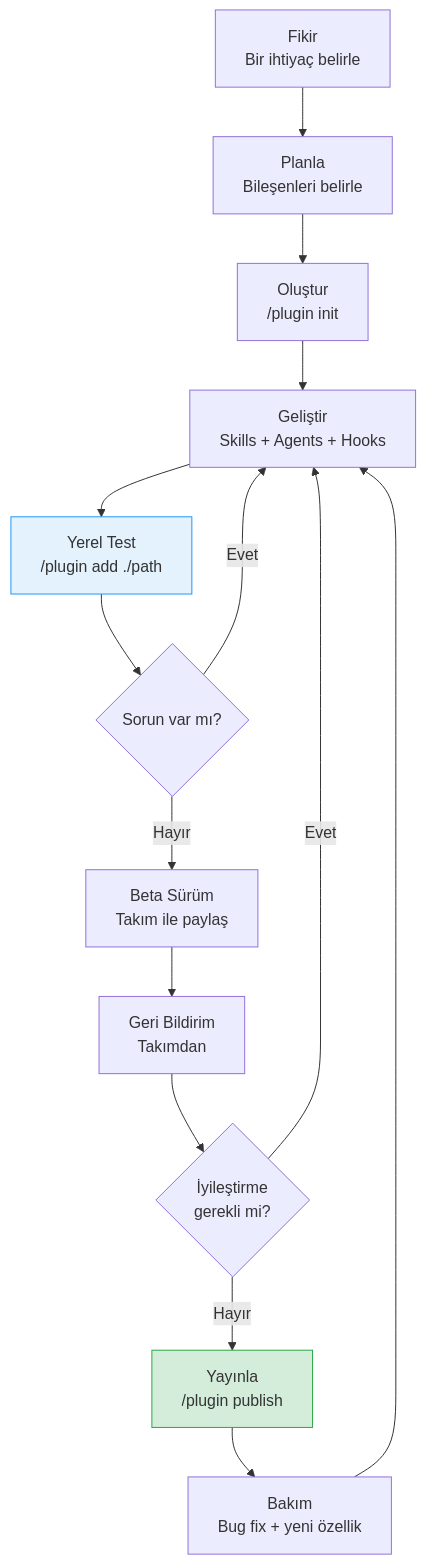
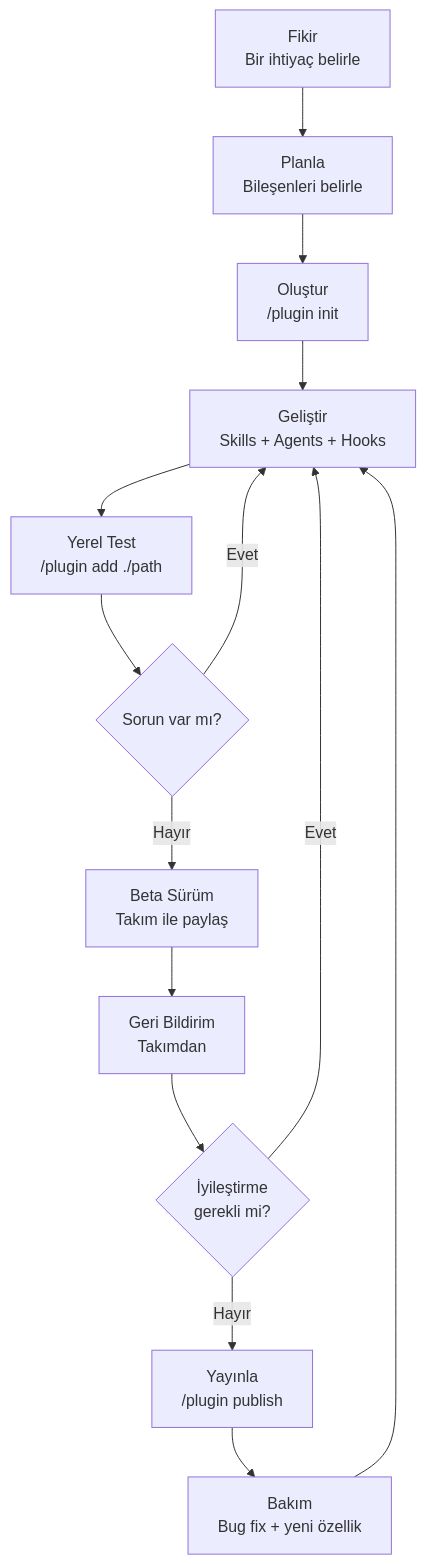
Before and after one commit to IzzetYasinAtes/ClaudeCodeHandbook: the eighth of 8 diagrams in 12-skills-ve-pluginler/05-plugin-olusturma-ve-dagitim.md, drawn with Mermaid. The commit also changed other lines of this file and 97 other files, not shown here.

Commit message:
Remove all custom Mermaid style/fill colors from 98 markdown files for consistent dark theme rendering

````diff
--- a/12-skills-ve-pluginler/05-plugin-olusturma-ve-dagitim.md
+++ b/12-skills-ve-pluginler/05-plugin-olusturma-ve-dagitim.md
@@ -697,19 +686,17 @@
 ```mermaid
 flowchart TD
     IDEA["Fikir<br/>Bir ihtiyaç belirle"] --> PLAN["Planla<br/>Bileşenleri belirle"]
     PLAN --> INIT["Oluştur<br/>/plugin init"]
     INIT --> DEV["Geliştir<br/>Skills + Agents + Hooks"]
     DEV --> LOCAL_TEST["Yerel Test<br/>/plugin add ./path"]
     LOCAL_TEST --> FIX{"Sorun var mı?"}
     FIX -->|"Evet"| DEV
     FIX -->|"Hayır"| BETA["Beta Sürüm<br/>Takım ile paylaş"]
     BETA --> FEEDBACK["Geri Bildirim<br/>Takımdan"]
     FEEDBACK --> IMPROVE{"İyileştirme<br/>gerekli mi?"}
     IMPROVE -->|"Evet"| DEV
     IMPROVE -->|"Hayır"| PUBLISH["Yayınla<br/>/plugin publish"]
     PUBLISH --> MAINTAIN["Bakım<br/>Bug fix + yeni özellik"]
     MAINTAIN --> DEV
 
-    style PUBLISH fill:#d4edda,stroke:#28a745
-    style LOCAL_TEST fill:#e3f2fd,stroke:#2196f3
 ```
````
